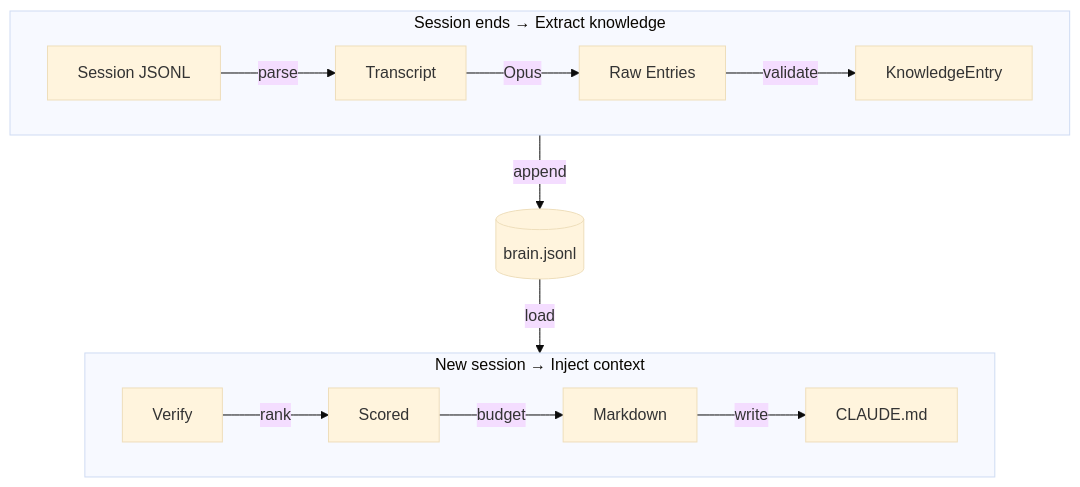
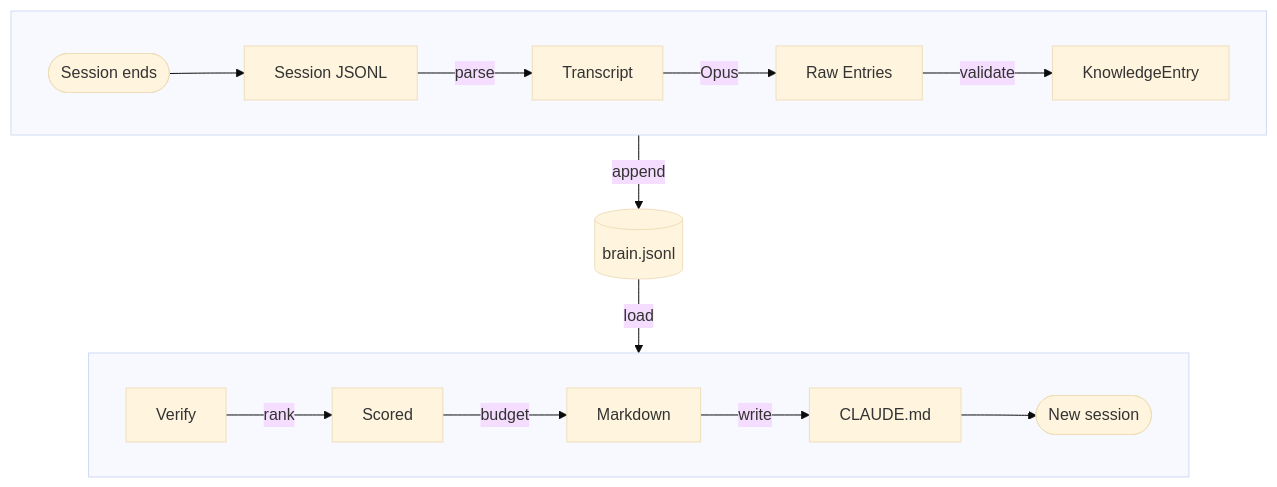
Before and after one commit to pkmdev-sec/engram: the first of 2 diagrams in README.md, drawn with Mermaid (base theme).

Commit message:
docs: place session ends/new session inline in mermaid pipeline
Both labels now sit horizontally within their respective flow rows
instead of as subgraph titles.

````diff
--- a/README.md
+++ b/README.md
@@ -21,20 +21,22 @@
 ```mermaid
 graph TD
-    subgraph Write["Session ends → Extract knowledge"]
+    subgraph Write[" "]
         direction LR
-        A[Session JSONL] -->|parse| B[Transcript]
+        Z([Session ends]) --> A[Session JSONL]
+        A -->|parse| B[Transcript]
         B -->|Opus| C[Raw Entries]
         C -->|validate| D[KnowledgeEntry]
     end
 
     D -->|append| E[(brain.jsonl)]
 
-    subgraph Read["New session → Inject context"]
+    subgraph Read[" "]
         direction LR
         F[Verify] -->|rank| G[Scored]
         G -->|budget| H[Markdown]
         H -->|write| I[CLAUDE.md]
+        I --> Y([New session])
     end
 
     E -->|load| F
 ```
````
